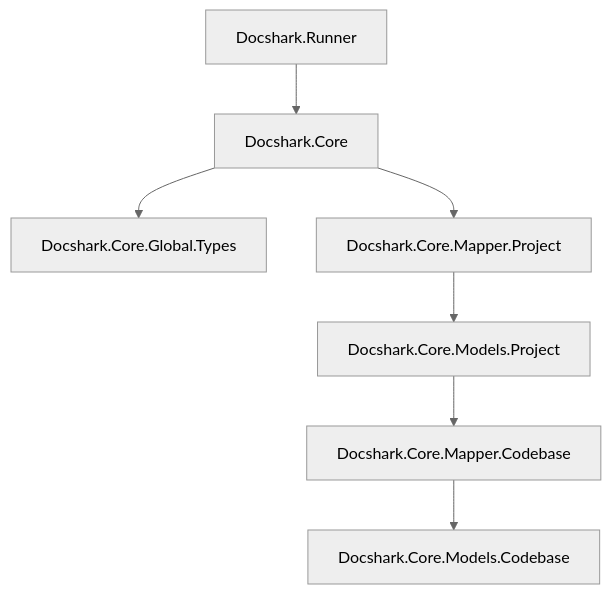
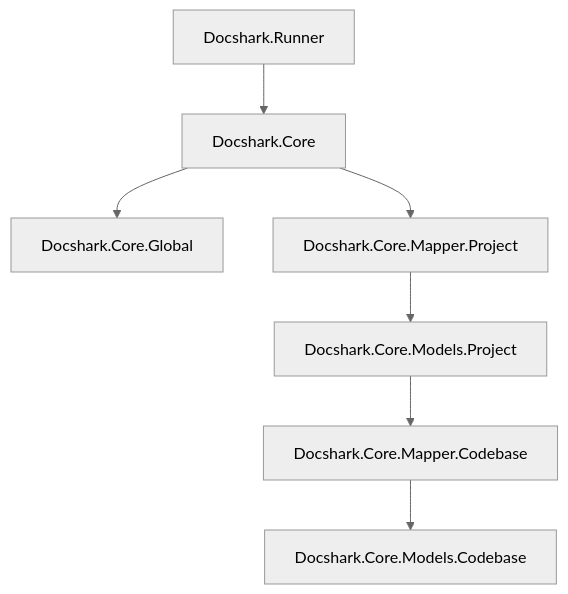
The diagram in README.md (Chase-William/DotDocs), drawn with Mermaid (neutral theme) before and after one commit. The commit also changed other lines of this file and 40 other files, not shown here.

````diff
--- a/README.md
+++ b/README.md
@@ -7,9 +7,9 @@
 ```mermaid
 graph TD;
-Docshark.Core-->Docshark.Core.Global.Types;
+Docshark.Core-->Docshark.Core.Global;
 Docshark.Core-->Docshark.Core.Mapper.Project;
 Docshark.Core.Mapper.Project-->Docshark.Core.Models.Project;
 Docshark.Core.Models.Project-->Docshark.Core.Mapper.Codebase;
 Docshark.Core.Mapper.Codebase-->Docshark.Core.Models.Codebase;
 Docshark.Runner-->Docshark.Core;
 ```
````
